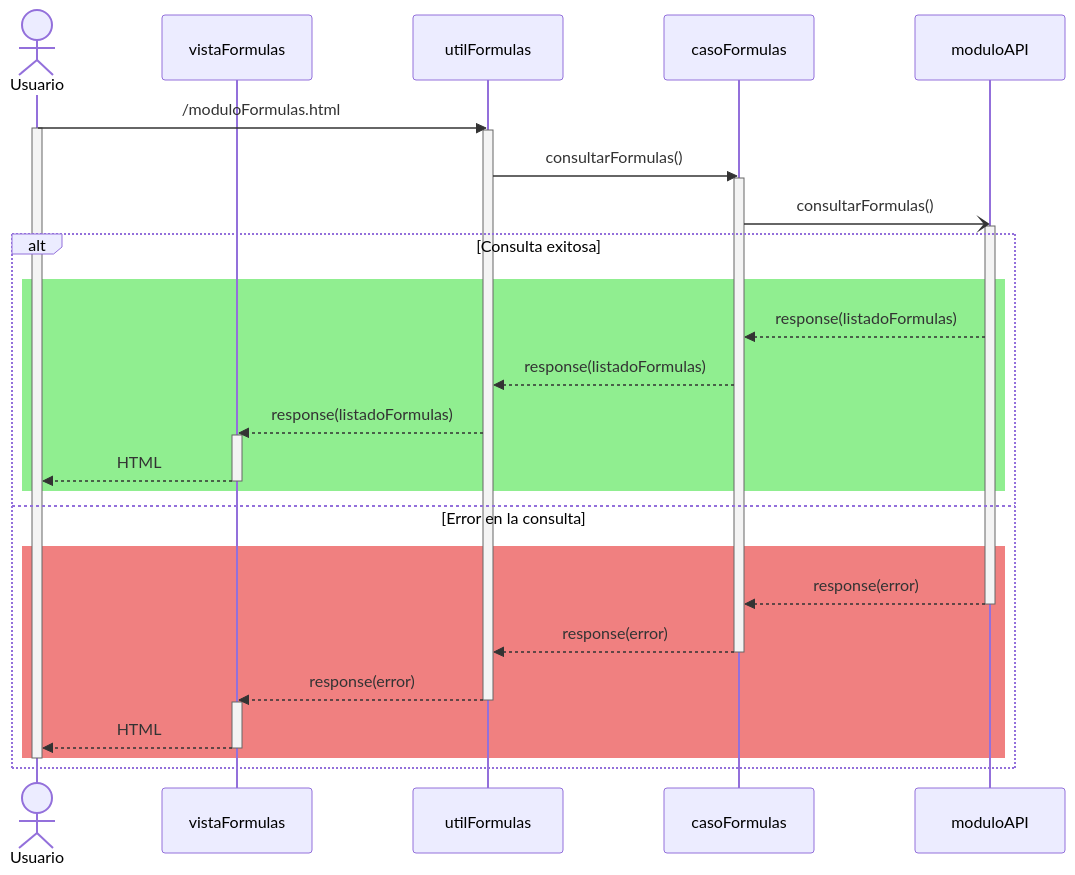
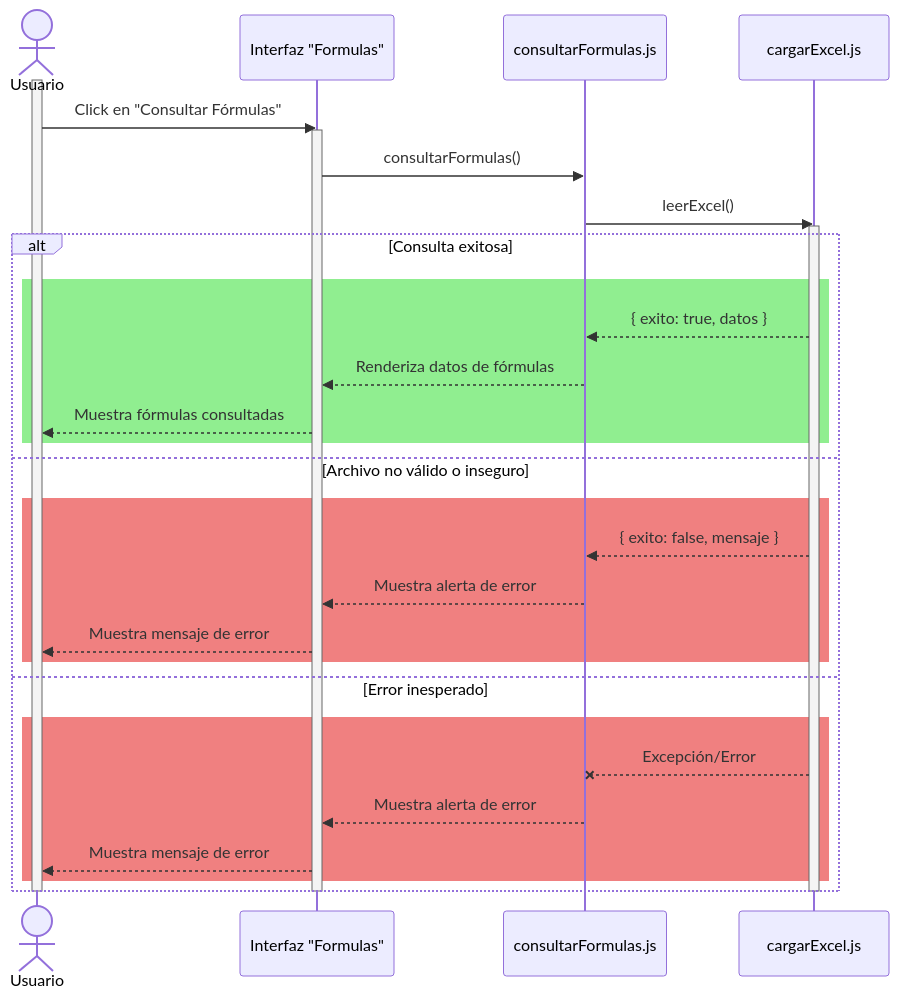
The first of 2 diagrams in documentation/docs/proyectos/tractores/documentacion/requisitos/RF21.md (CodeAnd-Co/Documentacion), drawn with Mermaid before and after one commit. The commit also changed other lines of this file and 1 other file, not shown here.

````diff
--- a/documentation/docs/proyectos/tractores/documentacion/requisitos/RF21.md
+++ b/documentation/docs/proyectos/tractores/documentacion/requisitos/RF21.md
@@ -26,41 +27,36 @@
 ```mermaid
 sequenceDiagram
     actor Usuario
-    participant vistaFormulas
-    participant utilFormulas
-    participant casoFormulas
-    participant moduloAPI
+    participant vistaFormulas as Interfaz "Formulas"
+    participant utilFormulas as consultarFormulas.js
+    participant backend as cargarExcel.js
 
-    %% Consulta de fórmulas
-    Usuario ->> utilFormulas: /moduloFormulas.html
     activate Usuario
-    activate utilFormulas
-    utilFormulas ->> casoFormulas: consultarFormulas()
-    activate casoFormulas
-    casoFormulas -) moduloAPI: consultarFormulas()
-    activate moduloAPI
+    Usuario->>vistaFormulas: Click en "Consultar Fórmulas"
+    activate vistaFormulas
+    vistaFormulas->>utilFormulas: consultarFormulas()
+    utilFormulas->>backend: leerExcel()
+    activate backend
     alt Consulta exitosa
         rect Lightgreen
-        moduloAPI -->> casoFormulas: response(listadoFormulas)
-        casoFormulas -->> utilFormulas: response(listadoFormulas)
-        utilFormulas -->> vistaFormulas: response(listadoFormulas)
-        activate vistaFormulas
-        vistaFormulas -->> Usuario: HTML
-        deactivate vistaFormulas
+        backend-->>utilFormulas: { exito: true, datos }
+        utilFormulas-->>vistaFormulas: Renderiza datos de fórmulas
+        vistaFormulas-->>Usuario: Muestra fórmulas consultadas
         end
-    else Error en la consulta
+    else Archivo no válido o inseguro
         rect Lightcoral
-        moduloAPI -->> casoFormulas: response(error)
-        deactivate moduloAPI
-        casoFormulas -->> utilFormulas: response(error)
-        deactivate casoFormulas
-        utilFormulas -->> vistaFormulas: response(error)
-        deactivate utilFormulas
-        activate vistaFormulas
-        vistaFormulas -->> Usuario: HTML
-        deactivate vistaFormulas
+        backend-->>utilFormulas: { exito: false, mensaje }
+        utilFormulas-->>vistaFormulas: Muestra alerta de error
+        vistaFormulas-->>Usuario: Muestra mensaje de error
         end
+    else Error inesperado
+        rect Lightcoral
+        backend--x utilFormulas: Excepción/Error
+        utilFormulas-->>vistaFormulas: Muestra alerta de error
+        vistaFormulas-->>Usuario: Muestra mensaje de error
+        end
+    end
+    deactivate backend
+    deactivate vistaFormulas
     deactivate Usuario
-    end
-
 ```
````
